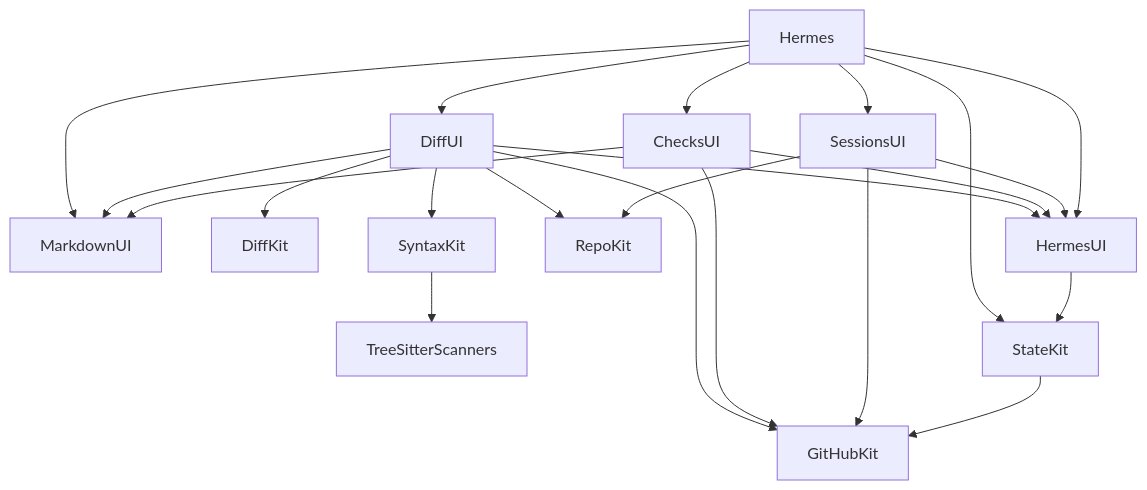
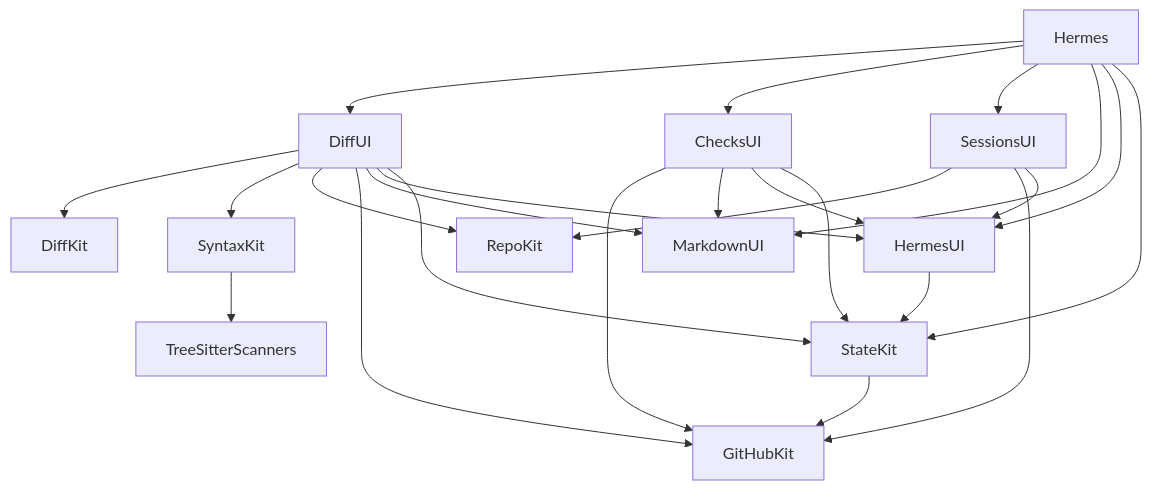
One commit to bojanrajkovic/hermes changed the first of 3 diagrams in plans/architecture.md. Above: the diagram before and after it, drawn with Mermaid. The commit also changed 24 other files, not shown here.

````diff
--- a/plans/architecture.md
+++ b/plans/architecture.md
@@ -13,24 +13,26 @@
 ```mermaid
 graph TD
     Hermes --> DiffUI
     Hermes --> ChecksUI
     Hermes --> SessionsUI
     Hermes --> MarkdownUI
     DiffUI --> DiffKit
     DiffUI --> SyntaxKit
     DiffUI --> RepoKit
     DiffUI --> GitHubKit
     DiffUI --> MarkdownUI
     ChecksUI --> GitHubKit
     ChecksUI --> MarkdownUI
     SessionsUI --> RepoKit
     SessionsUI --> GitHubKit
     SyntaxKit --> TreeSitterScanners
     DiffUI --> HermesUI
     ChecksUI --> HermesUI
     SessionsUI --> HermesUI
     Hermes --> HermesUI
     Hermes --> StateKit
     HermesUI --> StateKit
+    DiffUI --> StateKit
+    ChecksUI --> StateKit
     StateKit --> GitHubKit
 ```
````
